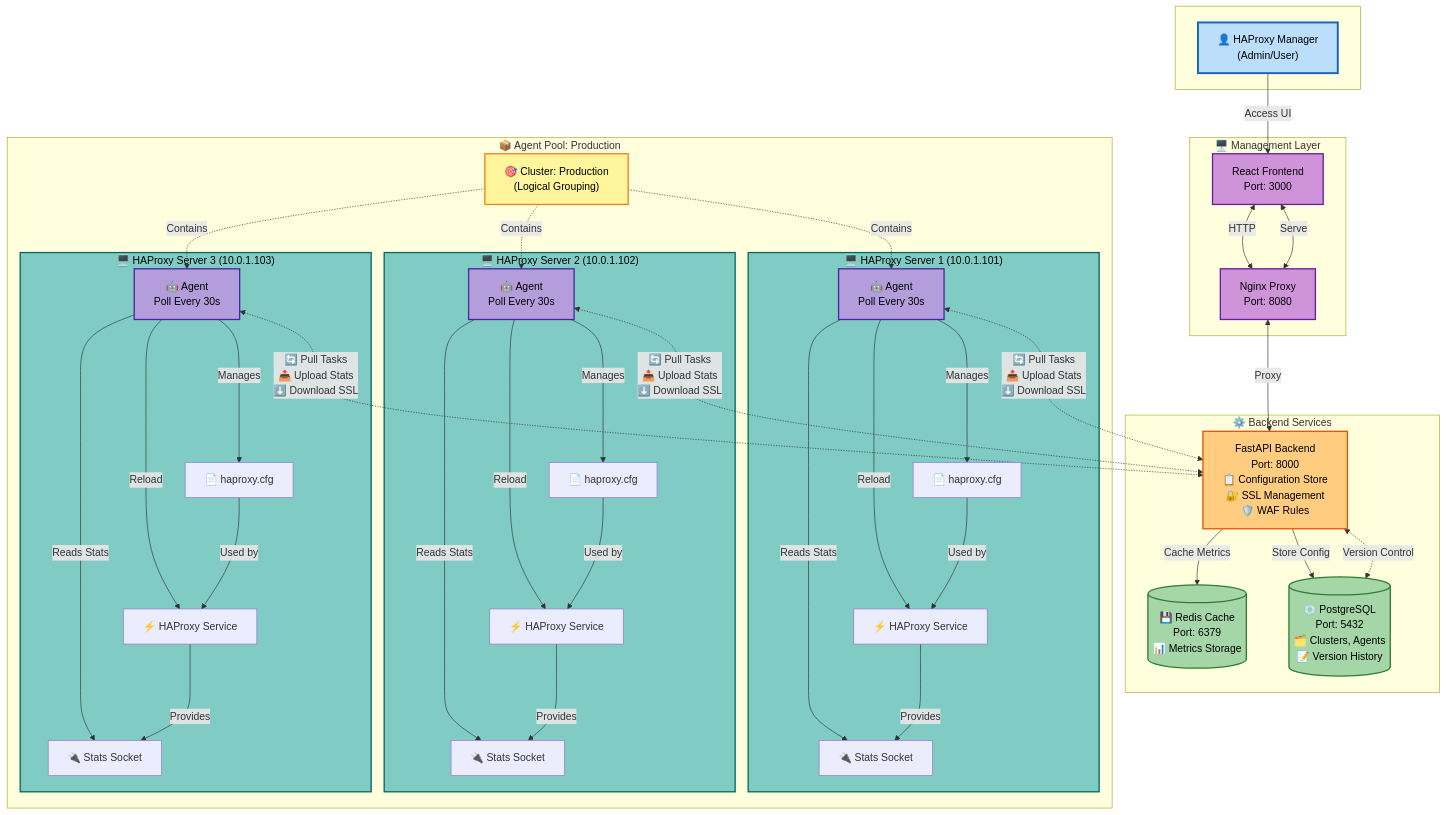
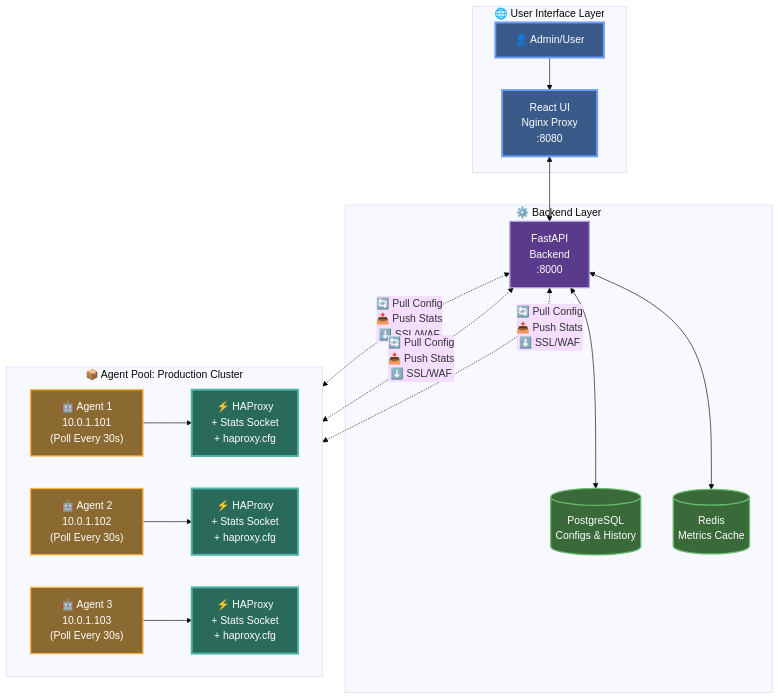
Before and after one commit to taylanbakircioglu/haproxy-openmanager: the first of 4 diagrams in README.md, drawn with Mermaid. The commit also changed other lines of this file and 4 other files, not shown here.

````diff
--- a/README.md
+++ b/README.md
@@ -108,94 +216,45 @@
 ```mermaid
+%%{init: {'theme':'base', 'themeVariables': { 'fontSize':'16px'}}}%%
 graph TB
-    subgraph USERS[" "]
-        USER["👤 HAProxy Manager<br/>(Admin/User)"]
+    subgraph UI_LAYER["🌐 User Interface Layer"]
+        USER["👤 Admin/User"] --> WEB["React UI<br/>Nginx Proxy<br/>:8080"]
     end
     
-    subgraph MGMT["🖥️ Management Layer"]
-        UI["React Frontend<br/>Port: 3000"]
-        NGINX["Nginx Proxy<br/>Port: 8080"]
+    subgraph BACKEND_LAYER["⚙️ Backend Layer"]
+        WEB <--> API["FastAPI<br/>Backend<br/>:8000"]
+        API <--> DB[("PostgreSQL<br/>Configs & History")]
+        API <--> CACHE[("Redis<br/>Metrics Cache")]
     end
     
-    subgraph BACKEND["⚙️ Backend Services"]
-        API["FastAPI Backend<br/>Port: 8000<br/>📋 Configuration Store<br/>🔐 SSL Management<br/>🛡️ WAF Rules"]
-        REDIS[("💾 Redis Cache<br/>Port: 6379<br/>📊 Metrics Storage")]
-        DB[("💿 PostgreSQL<br/>Port: 5432<br/>🗂️ Clusters, Agents<br/>📝 Version History")]
+    subgraph AGENT_LAYER["📦 Agent Pool: Production Cluster"]
+        direction LR
+        
+        AGENT1["🤖 Agent 1<br/>10.0.1.101<br/>(Poll Every 30s)"]
+        AGENT2["🤖 Agent 2<br/>10.0.1.102<br/>(Poll Every 30s)"]
+        AGENT3["🤖 Agent 3<br/>10.0.1.103<br/>(Poll Every 30s)"]
+        
+        HAP1["⚡ HAProxy<br/>+ Stats Socket<br/>+ haproxy.cfg"]
+        HAP2["⚡ HAProxy<br/>+ Stats Socket<br/>+ haproxy.cfg"]
+        HAP3["⚡ HAProxy<br/>+ Stats Socket<br/>+ haproxy.cfg"]
+        
+        AGENT1 --> HAP1
+        AGENT2 --> HAP2
+        AGENT3 --> HAP3
     end
     
-    subgraph POOL["📦 Agent Pool: Production"]
-        CLUSTER["🎯 Cluster: Production<br/>(Logical Grouping)"]
-        
-        subgraph HAP1_BOX["🖥️ HAProxy Server 1 (10.0.1.101)"]
-            AGENT1["🤖 Agent<br/>Poll Every 30s"]
-            CFG1["📄 haproxy.cfg"]
-            SOCK1["🔌 Stats Socket"]
-            SRV1["⚡ HAProxy Service"]
-            
-            AGENT1 -->|Manages| CFG1
-            AGENT1 -->|Reads Stats| SOCK1
-            AGENT1 -->|Reload| SRV1
-            CFG1 -->|Used by| SRV1
-            SRV1 -->|Provides| SOCK1
-        end
-        
-        subgraph HAP2_BOX["🖥️ HAProxy Server 2 (10.0.1.102)"]
-            AGENT2["🤖 Agent<br/>Poll Every 30s"]
-            CFG2["📄 haproxy.cfg"]
-            SOCK2["🔌 Stats Socket"]
-            SRV2["⚡ HAProxy Service"]
-            
-            AGENT2 -->|Manages| CFG2
-            AGENT2 -->|Reads Stats| SOCK2
-            AGENT2 -->|Reload| SRV2
-            CFG2 -->|Used by| SRV2
-            SRV2 -->|Provides| SOCK2
-        end
-        
-        subgraph HAP3_BOX["🖥️ HAProxy Server 3 (10.0.1.103)"]
-            AGENT3["🤖 Agent<br/>Poll Every 30s"]
-            CFG3["📄 haproxy.cfg"]
-            SOCK3["🔌 Stats Socket"]
-            SRV3["⚡ HAProxy Service"]
-            
-            AGENT3 -->|Manages| CFG3
-            AGENT3 -->|Reads Stats| SOCK3
-            AGENT3 -->|Reload| SRV3
-            CFG3 -->|Used by| SRV3
-            SRV3 -->|Provides| SOCK3
-        end
-    end
+    API <-.->|"🔄 Pull Config<br/>📤 Push Stats<br/>⬇️ SSL/WAF"| AGENT1
+    API <-.->|"🔄 Pull Config<br/>📤 Push Stats<br/>⬇️ SSL/WAF"| AGENT2
+    API <-.->|"🔄 Pull Config<br/>📤 Push Stats<br/>⬇️ SSL/WAF"| AGENT3
     
-    USER -->|Access UI| UI
-    UI <-->|HTTP| NGINX
-    NGINX <-->|Proxy| API
-    NGINX <-->|Serve| UI
+    classDef uiStyle fill:#3a5a8a,stroke:#6a9eff,stroke-width:3px,color:#fff
+    classDef backendStyle fill:#5a3a8a,stroke:#b39ddb,stroke-width:2px,color:#fff
+    classDef dbStyle fill:#3a6a3a,stroke:#66bb6a,stroke-width:2px,color:#fff
+    classDef agentStyle fill:#8a6a30,stroke:#ffb347,stroke-width:2px,color:#fff
+    classDef haproxyStyle fill:#2a6a5a,stroke:#4db6ac,stroke-width:3px,color:#fff
     
-    API -->|Store Config| DB
-    API -->|Cache Metrics| REDIS
-    API <-.->|Version Control| DB
-    
-    CLUSTER -.->|Contains| AGENT1
-    CLUSTER -.->|Contains| AGENT2
-    CLUSTER -.->|Contains| AGENT3
-    
-    AGENT1 <-.->|"🔄 Pull Tasks<br/>📤 Upload Stats<br/>⬇️ Download SSL"| API
-    AGENT2 <-.->|"🔄 Pull Tasks<br/>📤 Upload Stats<br/>⬇️ Download SSL"| API
-    AGENT3 <-.->|"🔄 Pull Tasks<br/>📤 Upload Stats<br/>⬇️ Download SSL"| API
-    
-    classDef userStyle fill:#bbdefb,stroke:#1565c0,stroke-width:3px,color:#000
-    classDef frontendStyle fill:#ce93d8,stroke:#6a1b9a,stroke-width:2px,color:#000
-    classDef backendStyle fill:#ffcc80,stroke:#e65100,stroke-width:2px,color:#000
-    classDef dbStyle fill:#a5d6a7,stroke:#2e7d32,stroke-width:2px,color:#000
-    classDef poolStyle fill:#f8bbd0,stroke:#ad1457,stroke-width:3px,color:#000
-    classDef clusterStyle fill:#fff59d,stroke:#f57f17,stroke-width:2px,color:#000
-    classDef haproxyStyle fill:#80cbc4,stroke:#00695c,stroke-width:2px,color:#000
-    classDef agentStyle fill:#b39ddb,stroke:#4527a0,stroke-width:2px,color:#000
-    
-    class USER userStyle
-    class UI,NGINX frontendStyle
+    class USER,WEB uiStyle
     class API backendStyle
-    class DB,REDIS dbStyle
-    class CLUSTER clusterStyle
-    class HAP1_BOX,HAP2_BOX,HAP3_BOX haproxyStyle
+    class DB,CACHE dbStyle
     class AGENT1,AGENT2,AGENT3 agentStyle
+    class HAP1,HAP2,HAP3 haproxyStyle
 ```
````
